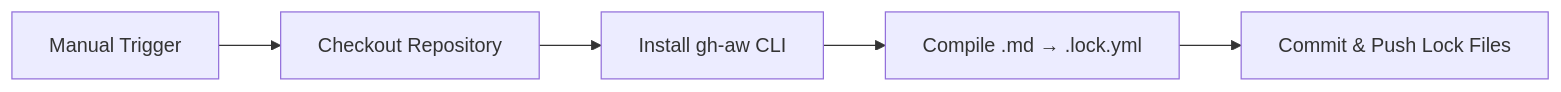
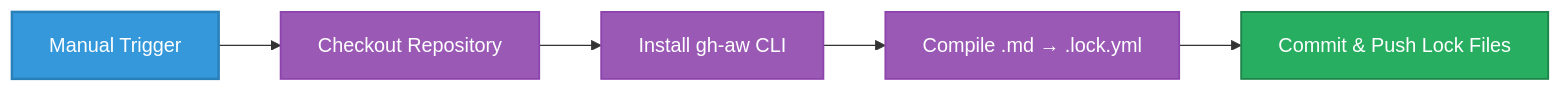
Before and after one commit to Hack23/euparliamentmonitor: the eighth of 16 diagrams in docs/api/media/WORKFLOWS.md, drawn with Mermaid. The commit also changed other lines of this file and 1053 other files, not shown here.

````diff
--- a/docs/api/media/WORKFLOWS.md
+++ b/docs/api/media/WORKFLOWS.md
@@ -701,7 +893,15 @@
 ```mermaid
 graph LR
     A[Manual Trigger] --> B[Checkout Repository]
     B --> C[Install gh-aw CLI]
     C --> D[Compile .md → .lock.yml]
     D --> E[Commit & Push Lock Files]
+
+    classDef trigger fill:#3498db,stroke:#2980b9,stroke-width:2px,color:white
+    classDef process fill:#9b59b6,stroke:#8e44ad,stroke-width:1.5px,color:white
+    classDef output fill:#27ae60,stroke:#1e8449,stroke-width:1.5px,color:white
+
+    class A trigger
+    class B,C,D process
+    class E output
 ```
````
